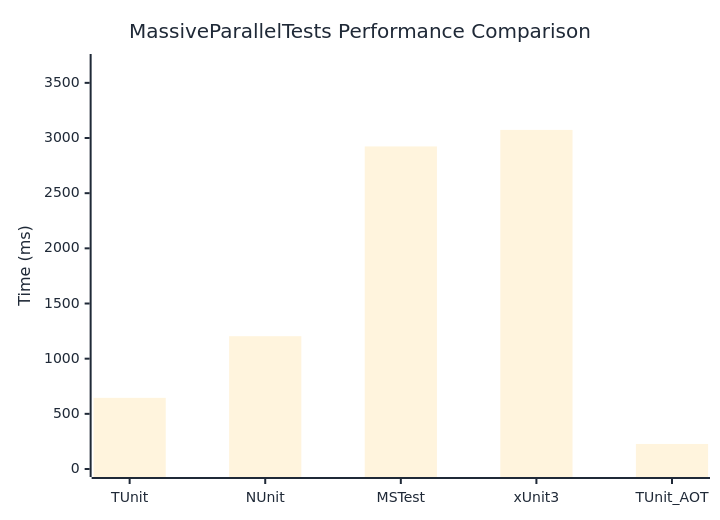
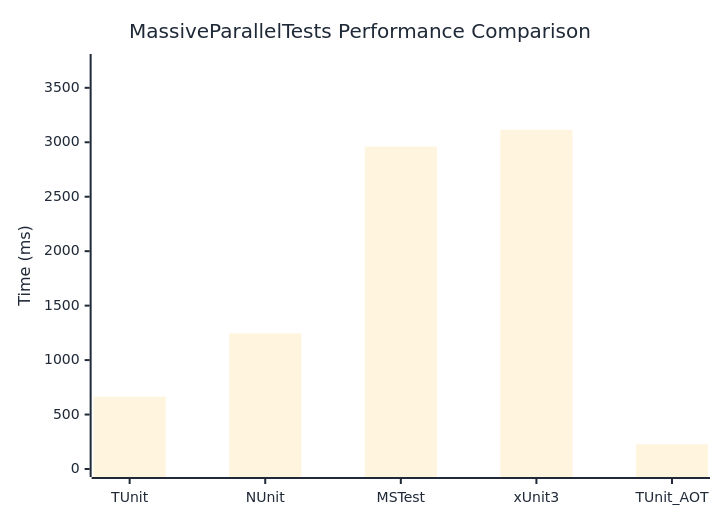
Before and after one commit to thomhurst/TUnit: the diagram in docs/docs/benchmarks/MassiveParallelTests.md, drawn with Mermaid. The commit also changed other lines of this file and 17 other files, not shown here.

````diff
--- a/docs/docs/benchmarks/MassiveParallelTests.md
+++ b/docs/docs/benchmarks/MassiveParallelTests.md
@@ -27,37 +27,37 @@
 ```mermaid
 %%{init: {
   'theme':'base',
   'themeVariables': {
     'primaryColor': '#2563eb',
     'primaryTextColor': '#1f2937',
     'primaryBorderColor': '#1e40af',
     'lineColor': '#6b7280',
     'secondaryColor': '#7c3aed',
     'tertiaryColor': '#dc2626',
     'background': '#ffffff',
     'mainBkg': '#2563eb',
     'secondBkg': '#7c3aed',
     'tertiaryBkg': '#dc2626',
     'clusterBkg': '#f3f4f6',
     'edgeLabelBackground': '#ffffff',
     'tertiaryTextColor': '#1f2937',
     'pie1': '#2563eb',
     'pie2': '#7c3aed',
     'pie3': '#dc2626',
     'pie4': '#f59e0b',
     'pie5': '#10b981',
     'pie6': '#06b6d4',
     'pie7': '#ec4899',
     'pie8': '#6366f1',
     'pie9': '#84cc16',
     'pie10': '#f97316',
     'pie11': '#14b8a6',
     'pie12': '#a855f7'
   }
 }}%%
 xychart-beta
   title "MassiveParallelTests Performance Comparison"
   x-axis ["TUnit", "NUnit", "MSTest", "xUnit3", "TUnit_AOT"]
-  y-axis "Time (ms)" 0 --> 3689
-  bar [644.8, 1203.9, 2923.8, 3073.5, 227]
+  y-axis "Time (ms)" 0 --> 3737
+  bar [664.6, 1245.1, 2961.1, 3113.7, 226.5]
 ```
````
